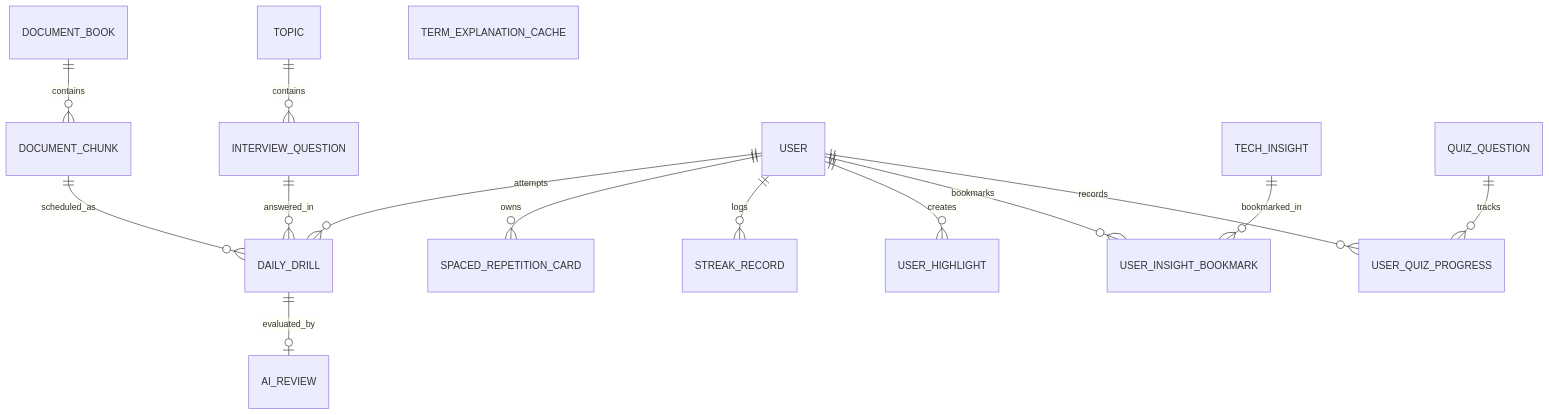
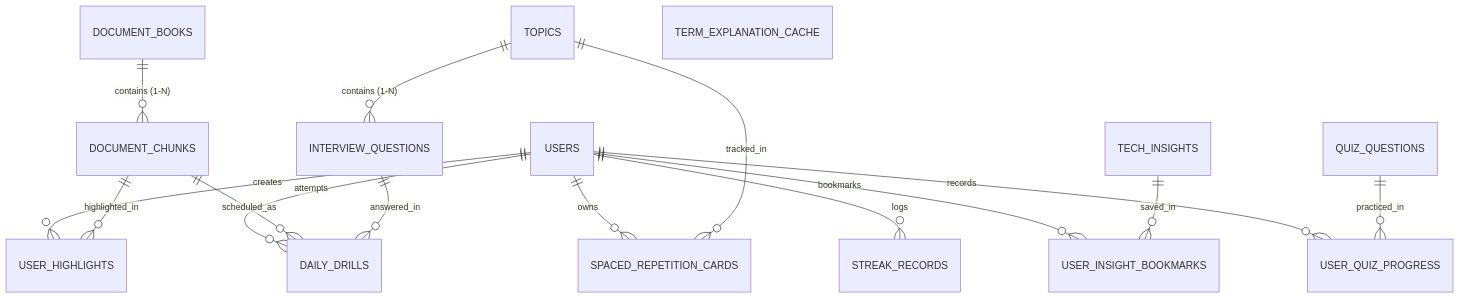
The diagram in docs/database-design.md (Duycld03/techdaily), drawn with Mermaid before and after one commit. The commit also changed other lines of this file and 35 other files, not shown here.

Commit message:
refactor: clean up features, standardize ERD, group 3-tier navigation, and unify i18n locales

````diff
--- a/docs/database-design.md
+++ b/docs/database-design.md
@@ -10,17 +10,22 @@
 ```mermaid
 erDiagram
-    DOCUMENT_BOOK ||--o{ DOCUMENT_CHUNK : contains
-    DOCUMENT_CHUNK ||--o{ DAILY_DRILL : scheduled_as
-    TOPIC ||--o{ INTERVIEW_QUESTION : contains
-    USER ||--o{ DAILY_DRILL : attempts
-    INTERVIEW_QUESTION ||--o{ DAILY_DRILL : answered_in
-    DAILY_DRILL ||--o| AI_REVIEW : evaluated_by
-    USER ||--o{ SPACED_REPETITION_CARD : owns
-    USER ||--o{ STREAK_RECORD : logs
-    USER ||--o{ USER_HIGHLIGHT : creates
-    USER ||--o{ USER_INSIGHT_BOOKMARK : bookmarks
-    TECH_INSIGHT ||--o{ USER_INSIGHT_BOOKMARK : bookmarked_in
-    QUIZ_QUESTION ||--o{ USER_QUIZ_PROGRESS : tracks
-    USER ||--o{ USER_QUIZ_PROGRESS : records
+    USERS ||--o{ DAILY_DRILLS : "attempts"
+    USERS ||--o{ SPACED_REPETITION_CARDS : "owns"
+    USERS ||--o{ STREAK_RECORDS : "logs"
+    USERS ||--o{ USER_HIGHLIGHTS : "creates"
+    USERS ||--o{ USER_INSIGHT_BOOKMARKS : "bookmarks"
+    USERS ||--o{ USER_QUIZ_PROGRESS : "records"
+
+    DOCUMENT_BOOKS ||--o{ DOCUMENT_CHUNKS : "contains (1-N)"
+    DOCUMENT_CHUNKS ||--o{ USER_HIGHLIGHTS : "highlighted_in"
+    DOCUMENT_CHUNKS ||--o{ DAILY_DRILLS : "scheduled_as"
+
+    TOPICS ||--o{ INTERVIEW_QUESTIONS : "contains (1-N)"
+    TOPICS ||--o{ SPACED_REPETITION_CARDS : "tracked_in"
+    INTERVIEW_QUESTIONS ||--o{ DAILY_DRILLS : "answered_in"
+
+    TECH_INSIGHTS ||--o{ USER_INSIGHT_BOOKMARKS : "saved_in"
+    QUIZ_QUESTIONS ||--o{ USER_QUIZ_PROGRESS : "practiced_in"
+
     TERM_EXPLANATION_CACHE
 ```
````
